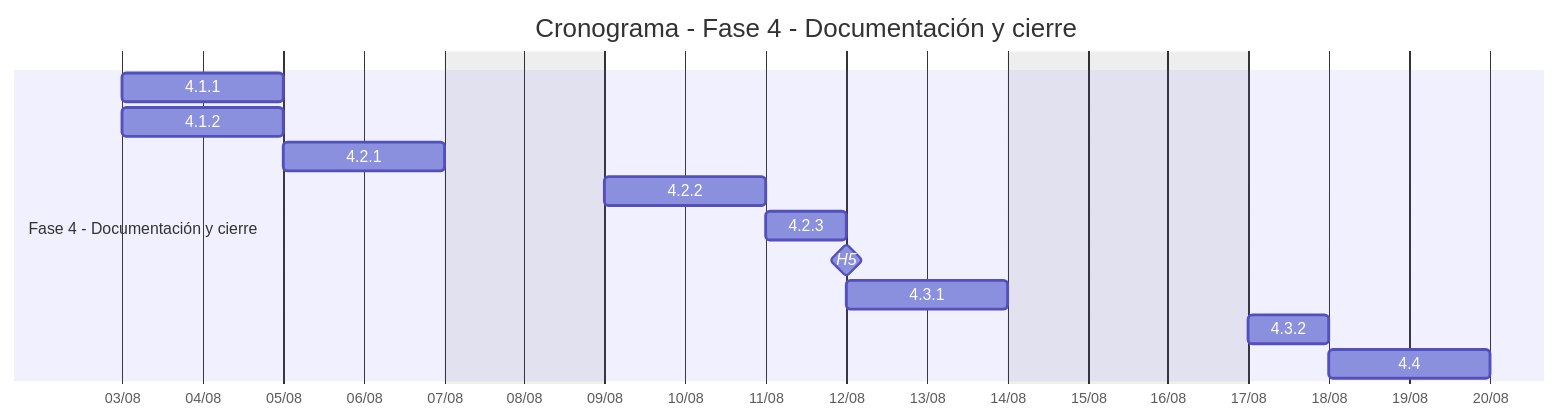
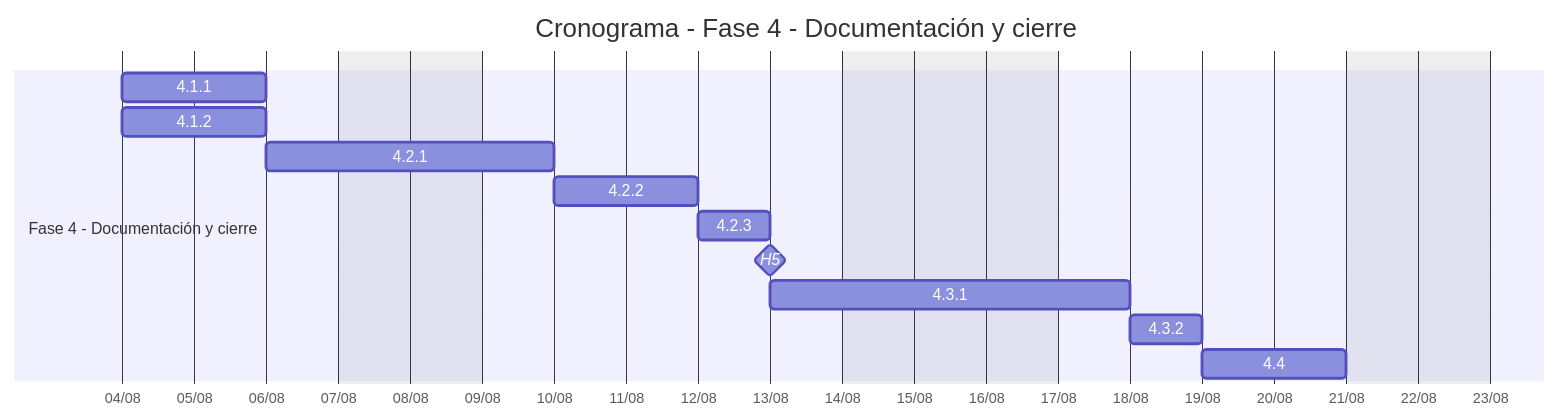
Before and after one commit to joaquinmachado11/plan-proyecto-gp-uner: the fourth of 4 diagrams in docs/02-wbs-estimaciones/cronograma.md, drawn with Mermaid. The commit also changed other lines of this file and 1 other file, not shown here.

````diff
--- a/docs/02-wbs-estimaciones/cronograma.md
+++ b/docs/02-wbs-estimaciones/cronograma.md
@@ -103,21 +103,21 @@
 ```mermaid
 gantt
     title Cronograma - Fase 4 - Documentación y cierre
     dateFormat  YYYY-MM-DD
     axisFormat  %d/%m
     tickInterval 1day
     weekday     monday
     todayMarker off
     excludes    weekends, 2027-03-24, 2027-03-26, 2027-04-02, 2027-05-25, 2027-06-21, 2027-07-09, 2027-08-16
  
     section Fase 4 - Documentación y cierre
-    4.1.1   :t411, 2027-08-03, 2d
-    4.1.2   :t412, 2027-08-03, 2d
+    4.1.1   :t411, 2027-08-04, 2d
+    4.1.2   :t412, 2027-08-04, 2d
     4.2.1   :t421, after t411 t412, 2d
     4.2.2   :t422, after t421, 2d
     4.2.3   :t423, after t422, 1d
     H5      :milestone, m5, after t423, 0d
     4.3.1   :t431, after m5, 2d
     4.3.2   :t432, after t431, 1d
     4.4     :t44, after t432, 2d
 ```
````
